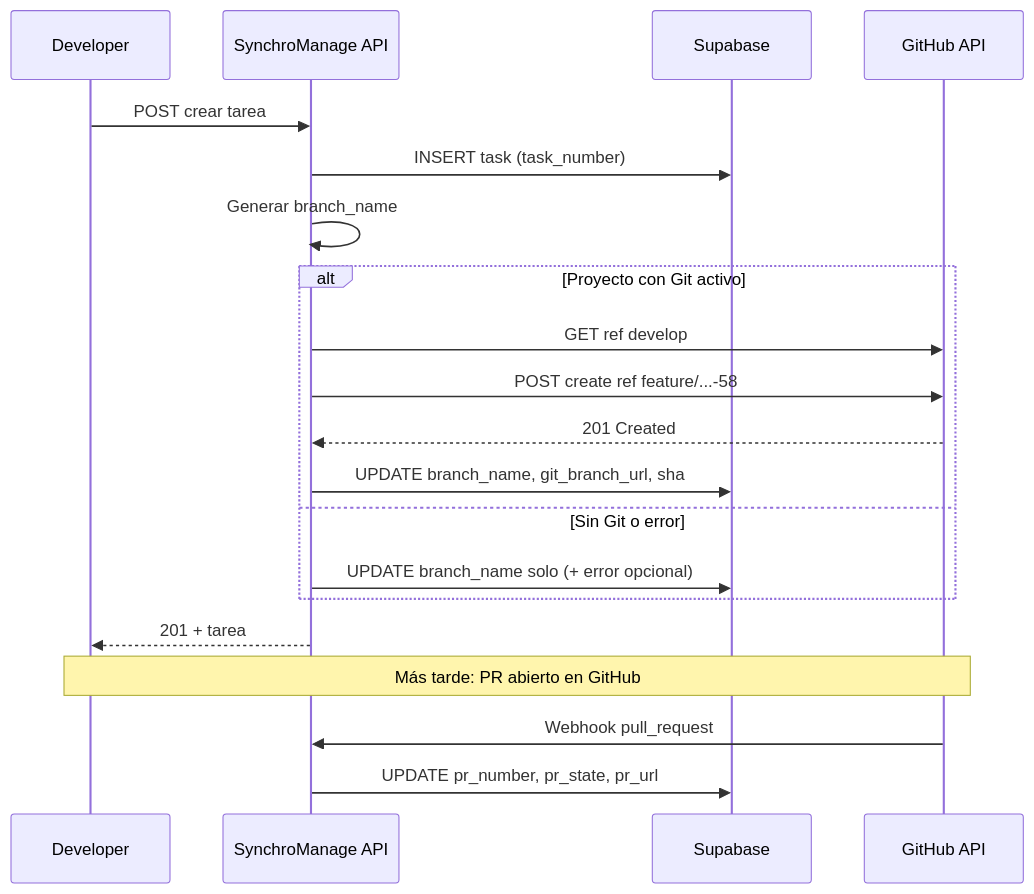
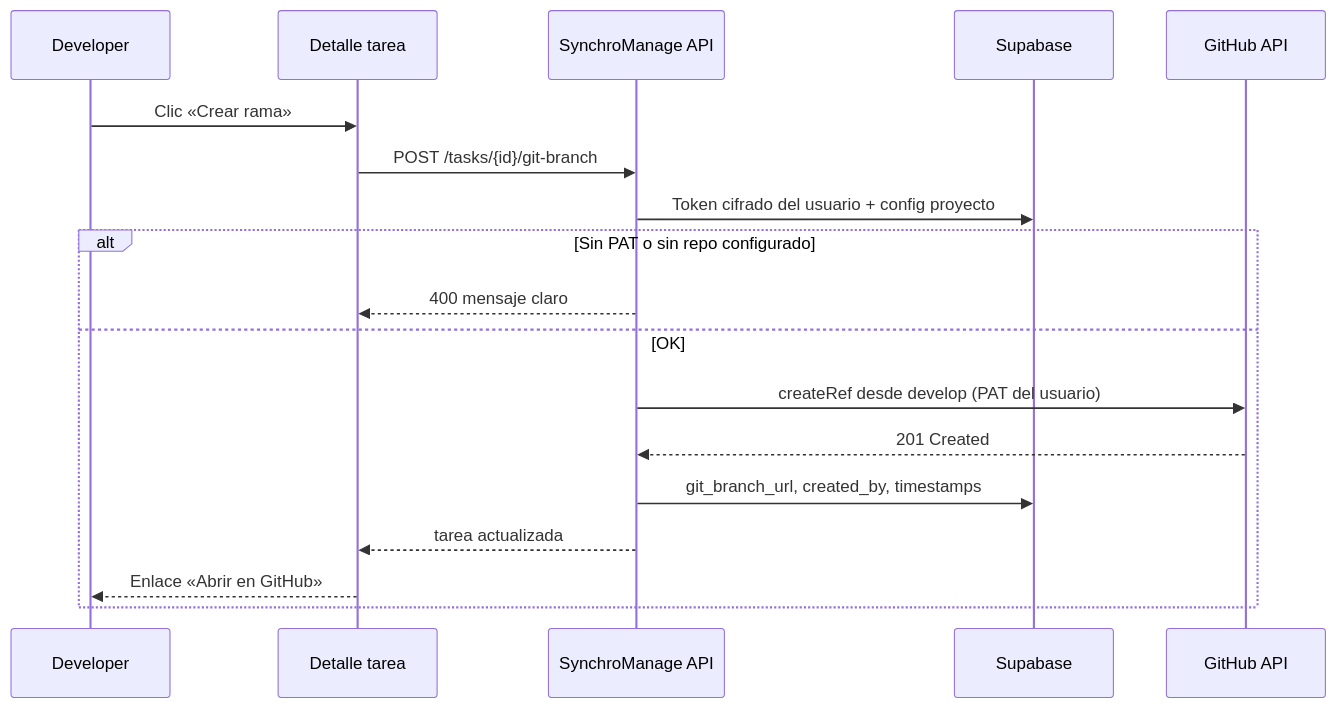
One commit to rubegonzalezc/SynchroManage changed the diagram in docs/cc-22082026/modelo-git.md. Above: the diagram before and after it, drawn with Mermaid. The commit also changed other lines of this file and 4 other files, not shown here.

First line of the commit message:
docs(CC-22082026): rama manual con botón Crear rama y PAT por usuario

````diff
--- a/docs/cc-22082026/modelo-git.md
+++ b/docs/cc-22082026/modelo-git.md
@@ -43,24 +57,21 @@
 ```mermaid
 sequenceDiagram
   participant Dev as Developer
-  participant SM as SynchroManage API
+  participant UI as Detalle tarea
+  participant API as SynchroManage API
   participant DB as Supabase
   participant GH as GitHub API
 
-  Dev->>SM: POST crear tarea
-  SM->>DB: INSERT task (task_number)
-  SM->>SM: Generar branch_name
-  alt Proyecto con Git activo
-    SM->>GH: GET ref develop
-    SM->>GH: POST create ref feature/...-58
-    GH-->>SM: 201 Created
-    SM->>DB: UPDATE branch_name, git_branch_url, sha
-  else Sin Git o error
-    SM->>DB: UPDATE branch_name solo (+ error opcional)
+  Dev->>UI: Clic «Crear rama»
+  UI->>API: POST /tasks/{id}/git-branch
+  API->>DB: Token cifrado del usuario + config proyecto
+  alt Sin PAT o sin repo configurado
+    API-->>UI: 400 mensaje claro
+  else OK
+    API->>GH: createRef desde develop (PAT del usuario)
+    GH-->>API: 201 Created
+    API->>DB: git_branch_url, created_by, timestamps
+    API-->>UI: tarea actualizada
+    UI-->>Dev: Enlace «Abrir en GitHub»
   end
-  SM-->>Dev: 201 + tarea
-
-  Note over Dev,GH: Más tarde: PR abierto en GitHub
-  GH->>SM: Webhook pull_request
-  SM->>DB: UPDATE pr_number, pr_state, pr_url
 ```
````
